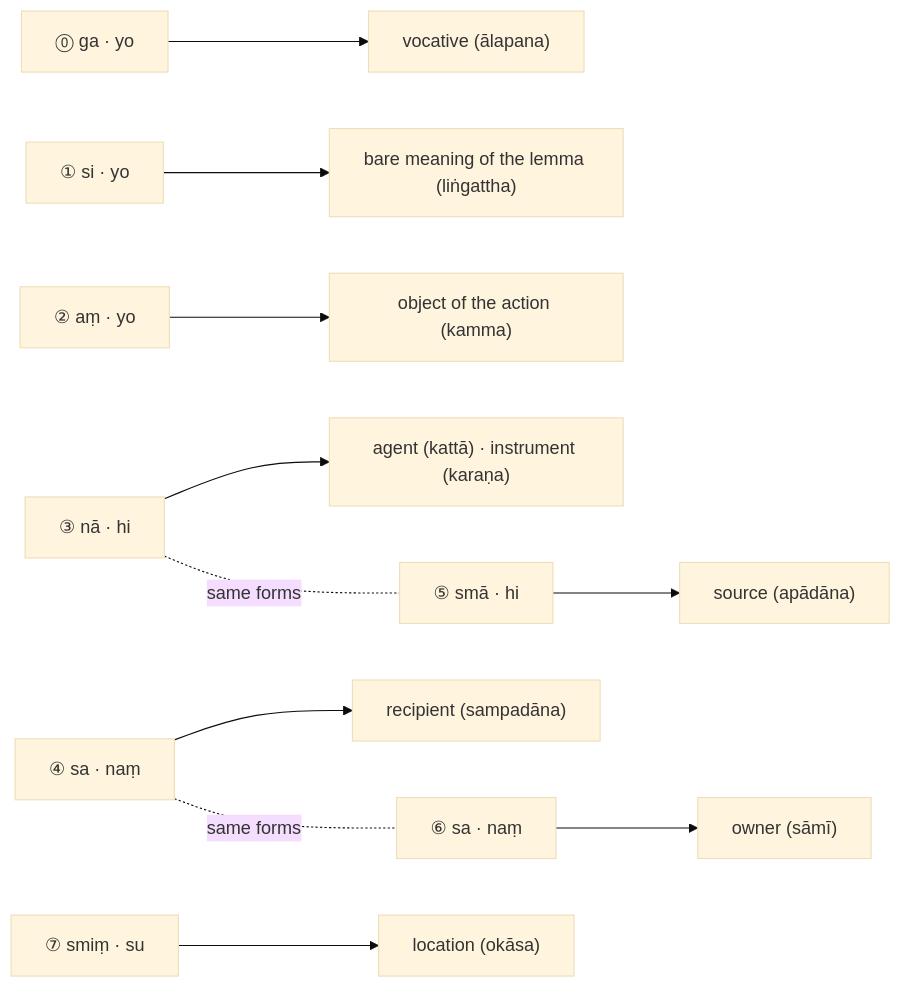
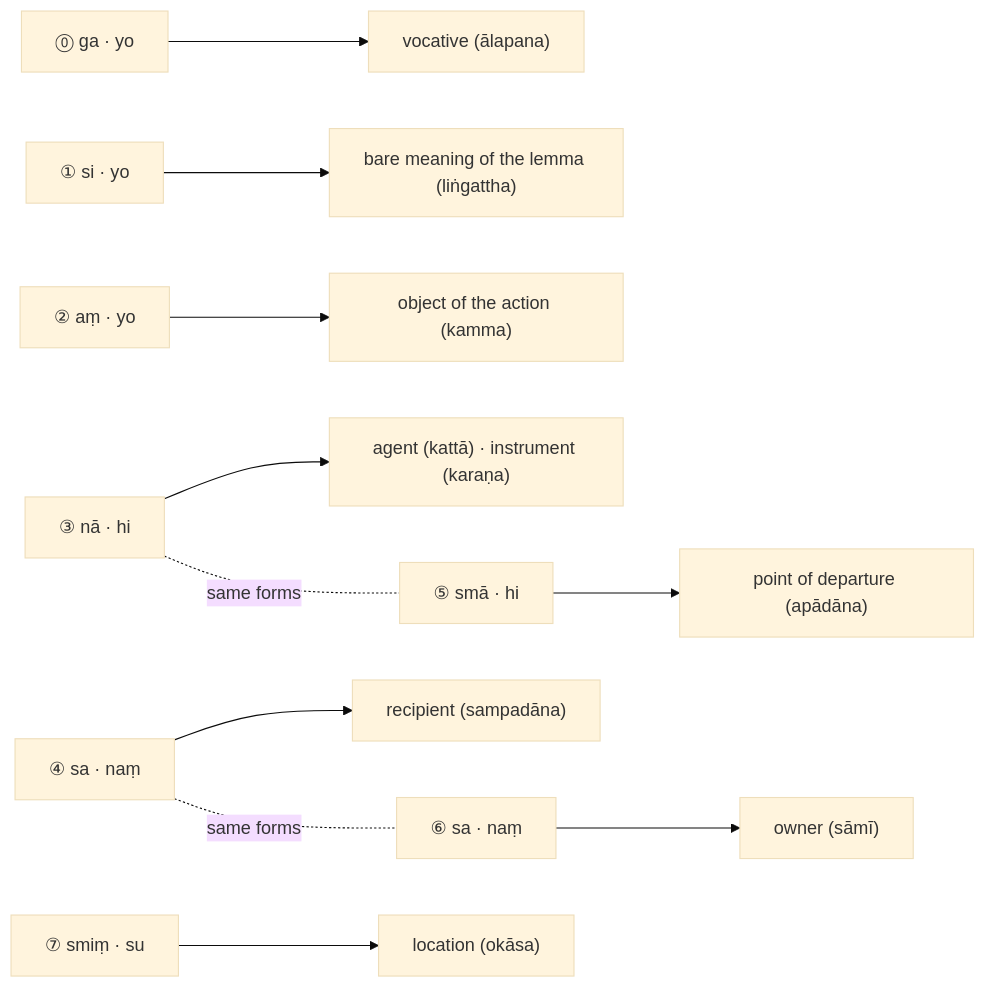
The second of 2 diagrams in src/content/docs/balavatara/2-nama.mdx (kaccayana/kaccayana.github.io), drawn with Mermaid (base theme) before and after one commit. The commit also changed other lines of this file and 23 other files, not shown here.

````diff
--- a/src/content/docs/balavatara/2-nama.mdx
+++ b/src/content/docs/balavatara/2-nama.mdx
@@ -548,13 +548,13 @@
 ```mermaid
 flowchart LR
   F0["⓪ ga · yo"] --> U0["vocative (ālapana)"]
   F1["① si · yo"] --> U1["bare meaning of the lemma (liṅgattha)"]
   F2["② aṃ · yo"] --> U2["object of the action (kamma)"]
   F3["③ nā · hi"] --> U3["agent (kattā) · instrument (karaṇa)"]
   F4["④ sa · naṃ"] --> U4["recipient (sampadāna)"]
-  F5["⑤ smā · hi"] --> U5["source (apādāna)"]
+  F5["⑤ smā · hi"] --> U5["point of departure (apādāna)"]
   F6["⑥ sa · naṃ"] --> U6["owner (sāmī)"]
   F7["⑦ smiṃ · su"] --> U7["location (okāsa)"]
   F3 -. "same forms" .- F5
   F4 -. "same forms" .- F6
 ```
````
